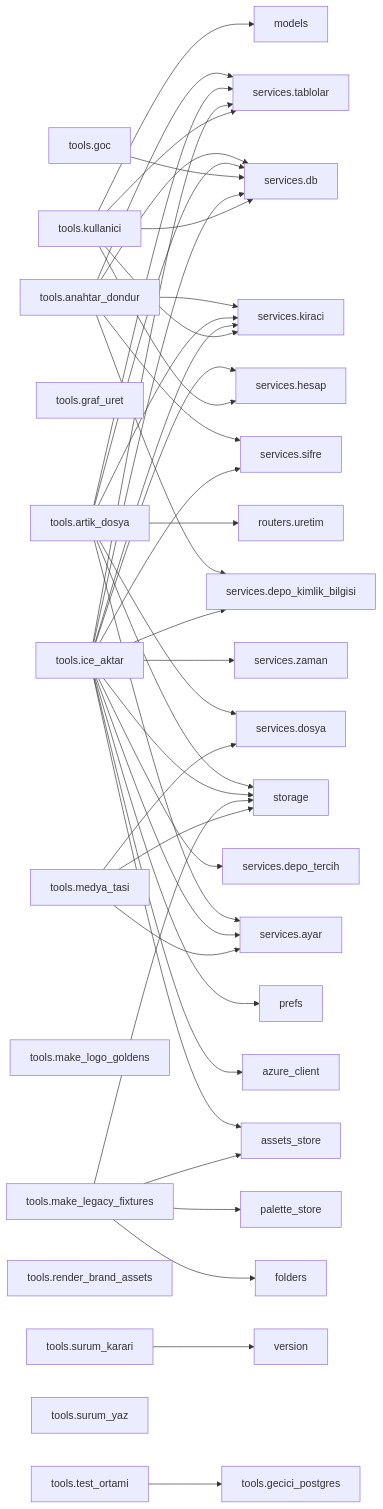
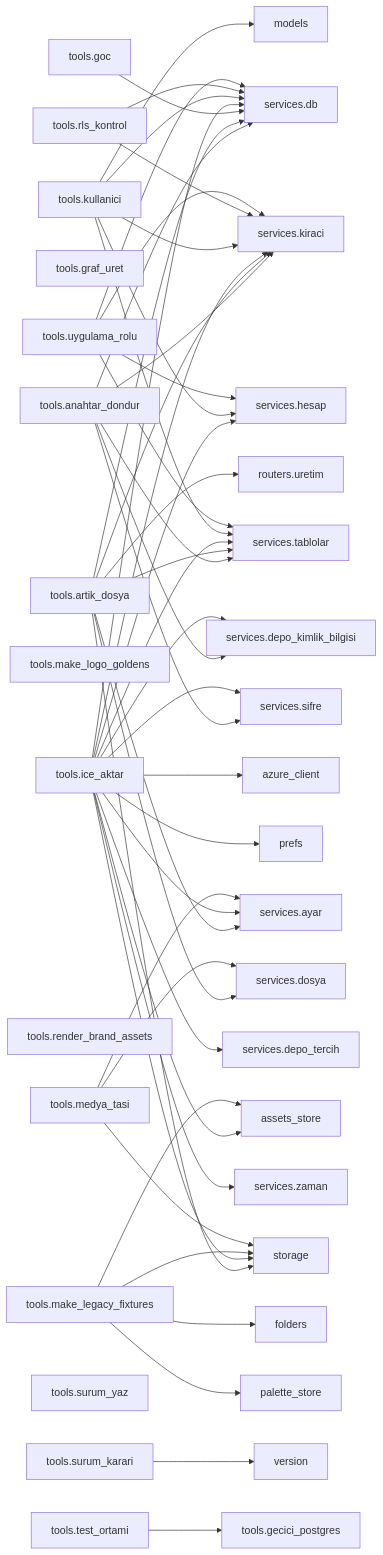
One commit to Zenginby/kromis changed the second of 2 diagrams in docs/graflar/moduller.md. Above: the diagram before and after it, drawn with Mermaid. The commit also changed other lines of this file and 10 other files, not shown here.

````diff
--- a/docs/graflar/moduller.md
+++ b/docs/graflar/moduller.md
@@ -629,57 +629,65 @@
 ```mermaid
 flowchart LR
   n_tools_anahtar_dondur["tools.anahtar_dondur"]
   n_tools_anahtar_dondur --> n_services_db["services.db"]
   n_tools_anahtar_dondur --> n_services_depo_kimlik_bilgisi["services.depo_kimlik_bilgisi"]
   n_tools_anahtar_dondur --> n_services_kiraci["services.kiraci"]
   n_tools_anahtar_dondur --> n_services_sifre["services.sifre"]
   n_tools_anahtar_dondur --> n_services_tablolar["services.tablolar"]
   n_tools_artik_dosya["tools.artik_dosya"]
   n_tools_artik_dosya --> n_routers_uretim["routers.uretim"]
   n_tools_artik_dosya --> n_services_ayar["services.ayar"]
   n_tools_artik_dosya --> n_services_db["services.db"]
   n_tools_artik_dosya --> n_services_dosya["services.dosya"]
   n_tools_artik_dosya --> n_services_kiraci["services.kiraci"]
   n_tools_artik_dosya --> n_services_tablolar["services.tablolar"]
   n_tools_artik_dosya --> n_storage["storage"]
   n_tools_gecici_postgres["tools.gecici_postgres"]
   n_tools_goc["tools.goc"]
   n_tools_goc --> n_services_db["services.db"]
   n_tools_graf_uret["tools.graf_uret"]
   n_tools_ice_aktar["tools.ice_aktar"]
   n_tools_ice_aktar --> n_assets_store["assets_store"]
   n_tools_ice_aktar --> n_azure_client["azure_client"]
   n_tools_ice_aktar --> n_prefs["prefs"]
   n_tools_ice_aktar --> n_services_ayar["services.ayar"]
   n_tools_ice_aktar --> n_services_db["services.db"]
   n_tools_ice_aktar --> n_services_depo_kimlik_bilgisi["services.depo_kimlik_bilgisi"]
   n_tools_ice_aktar --> n_services_depo_tercih["services.depo_tercih"]
   n_tools_ice_aktar --> n_services_hesap["services.hesap"]
   n_tools_ice_aktar --> n_services_kiraci["services.kiraci"]
   n_tools_ice_aktar --> n_services_sifre["services.sifre"]
   n_tools_ice_aktar --> n_services_tablolar["services.tablolar"]
   n_tools_ice_aktar --> n_services_zaman["services.zaman"]
   n_tools_ice_aktar --> n_storage["storage"]
   n_tools_kullanici["tools.kullanici"]
   n_tools_kullanici --> n_models["models"]
   n_tools_kullanici --> n_services_db["services.db"]
   n_tools_kullanici --> n_services_hesap["services.hesap"]
   n_tools_kullanici --> n_services_kiraci["services.kiraci"]
   n_tools_kullanici --> n_services_tablolar["services.tablolar"]
   n_tools_make_legacy_fixtures["tools.make_legacy_fixtures"]
   n_tools_make_legacy_fixtures --> n_assets_store["assets_store"]
   n_tools_make_legacy_fixtures --> n_folders["folders"]
   n_tools_make_legacy_fixtures --> n_palette_store["palette_store"]
   n_tools_make_legacy_fixtures --> n_storage["storage"]
   n_tools_make_logo_goldens["tools.make_logo_goldens"]
   n_tools_medya_tasi["tools.medya_tasi"]
   n_tools_medya_tasi --> n_services_ayar["services.ayar"]
   n_tools_medya_tasi --> n_services_dosya["services.dosya"]
   n_tools_medya_tasi --> n_storage["storage"]
   n_tools_render_brand_assets["tools.render_brand_assets"]
+  n_tools_rls_kontrol["tools.rls_kontrol"]
+  n_tools_rls_kontrol --> n_services_db["services.db"]
+  n_tools_rls_kontrol --> n_services_kiraci["services.kiraci"]
   n_tools_surum_karari["tools.surum_karari"]
   n_tools_surum_karari --> n_version["version"]
   n_tools_surum_yaz["tools.surum_yaz"]
   n_tools_test_ortami["tools.test_ortami"]
   n_tools_test_ortami --> n_tools_gecici_postgres["tools.gecici_postgres"]
+  n_tools_uygulama_rolu["tools.uygulama_rolu"]
+  n_tools_uygulama_rolu --> n_services_db["services.db"]
+  n_tools_uygulama_rolu --> n_services_hesap["services.hesap"]
+  n_tools_uygulama_rolu --> n_services_kiraci["services.kiraci"]
+  n_tools_uygulama_rolu --> n_services_tablolar["services.tablolar"]
 ```
````
